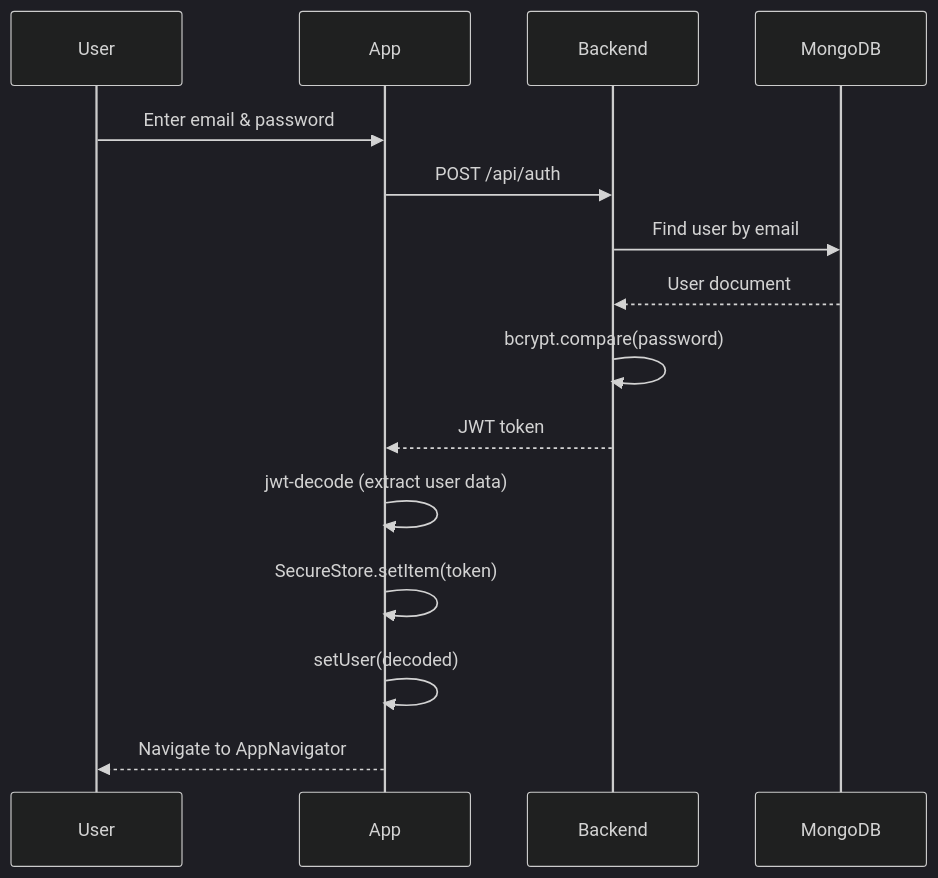
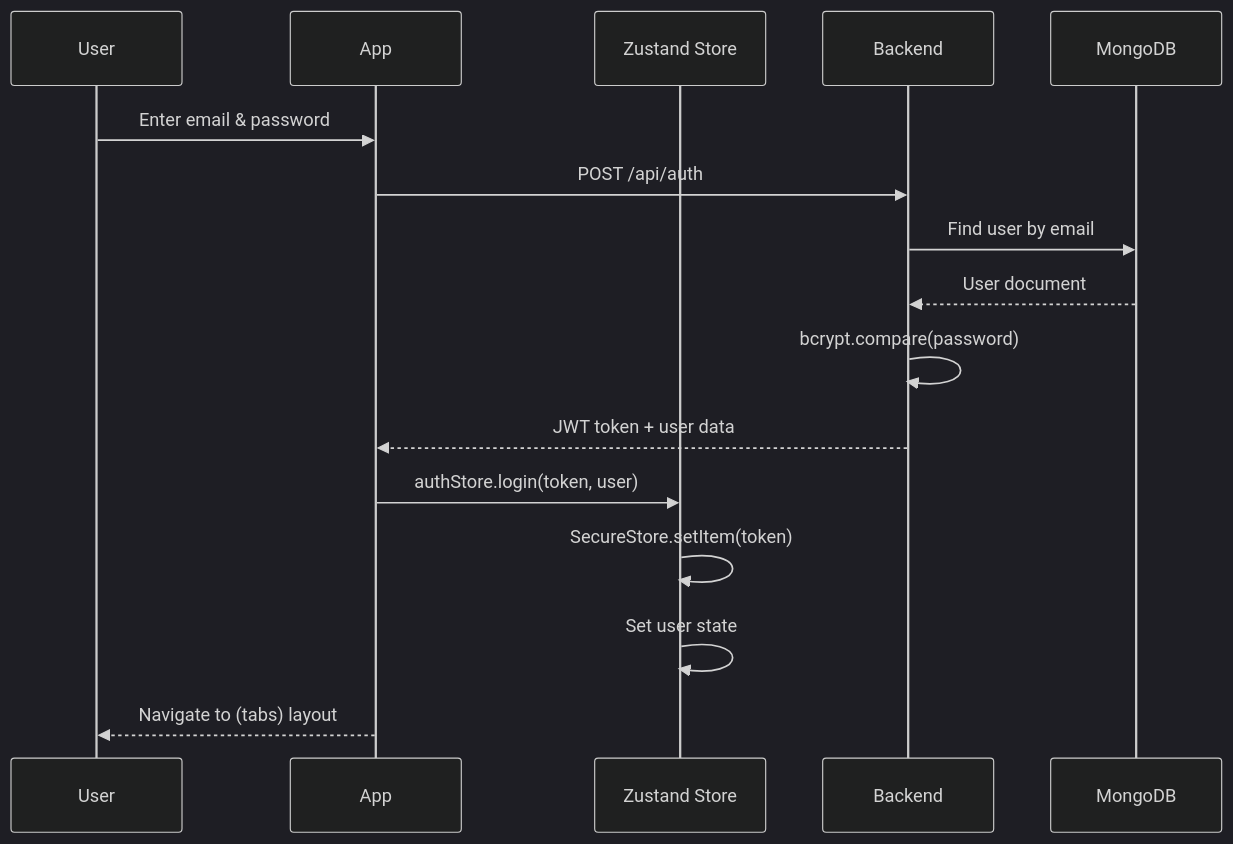
Before and after one commit to wbaxterh/TrickBookDocs: the first of 5 diagrams in docs/architecture/data-flow.md, drawn with Mermaid (dark theme). The commit also changed other lines of this file and 19 other files, not shown here.

````diff
--- a/docs/architecture/data-flow.md
+++ b/docs/architecture/data-flow.md
@@ -11,18 +11,19 @@
 ```mermaid
 sequenceDiagram
     participant User
     participant App
+    participant Zustand as Zustand Store
     participant Backend
     participant DB as MongoDB
 
     User->>App: Enter email & password
     App->>Backend: POST /api/auth
     Backend->>DB: Find user by email
     DB-->>Backend: User document
     Backend->>Backend: bcrypt.compare(password)
-    Backend-->>App: JWT token
-    App->>App: jwt-decode (extract user data)
-    App->>App: SecureStore.setItem(token)
-    App->>App: setUser(decoded)
-    App-->>User: Navigate to AppNavigator
+    Backend-->>App: JWT token + user data
+    App->>Zustand: authStore.login(token, user)
+    Zustand->>Zustand: SecureStore.setItem(token)
+    Zustand->>Zustand: Set user state
+    App-->>User: Navigate to (tabs) layout
 ```
````
